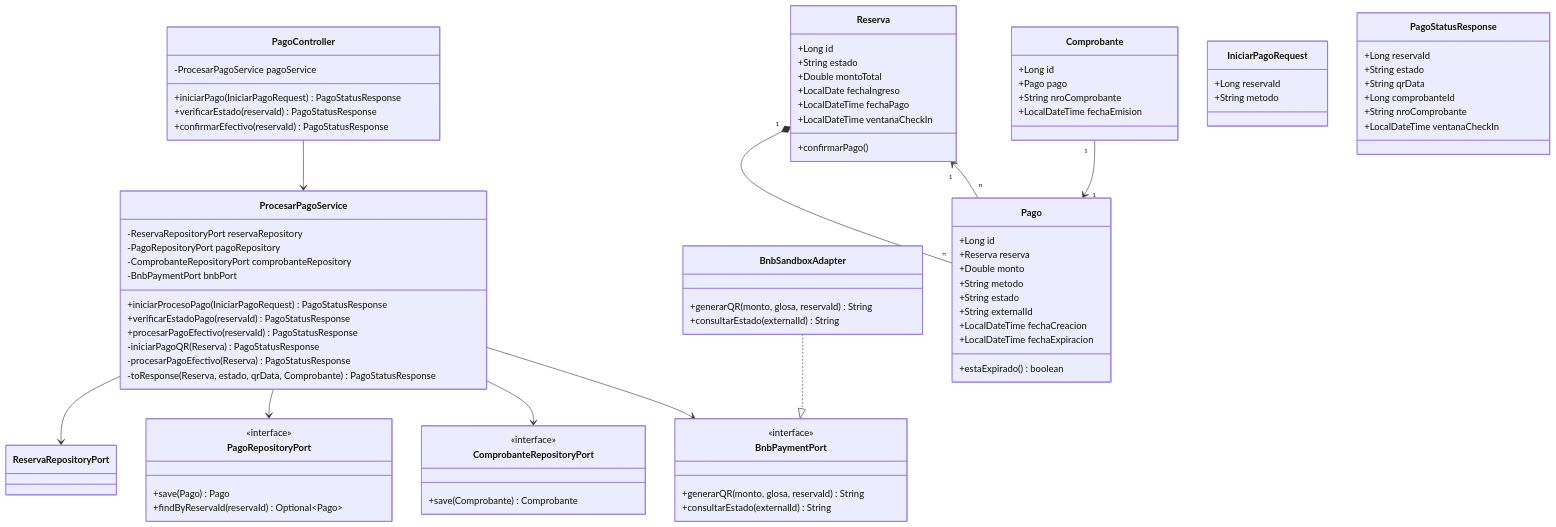
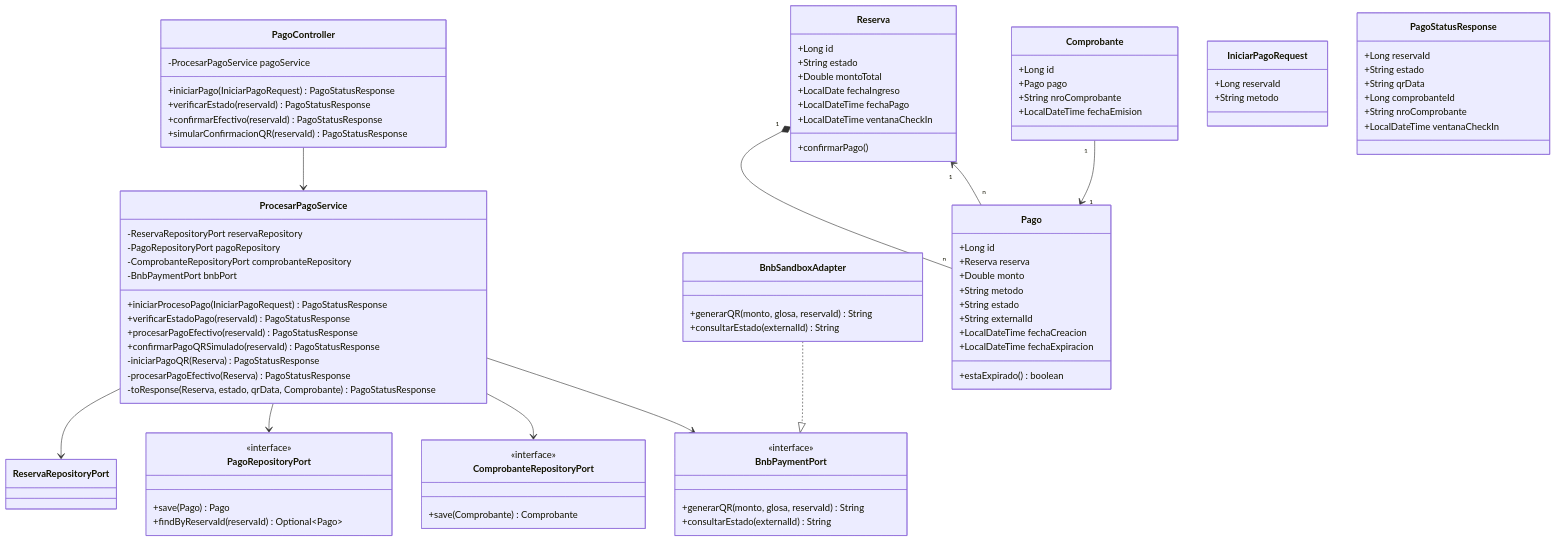
The diagram in 03_Diseño/CU-03-Procesar-Pago/CU-03_Clases_Diseño.mmd (Tsmrain/GestionSistemas), drawn with Mermaid before and after one commit. The commit also changed 3 other files, not shown here.

Commit message:
Diagramas del caso de uso 3 actualizados

```diff
--- a/03_Diseño/CU-03-Procesar-Pago/CU-03_Clases_Diseño.mmd
+++ b/03_Diseño/CU-03-Procesar-Pago/CU-03_Clases_Diseño.mmd
@@ -1,95 +1,97 @@
 classDiagram
     class PagoController {
         -ProcesarPagoService pagoService
         +iniciarPago(IniciarPagoRequest) PagoStatusResponse
         +verificarEstado(reservaId) PagoStatusResponse
         +confirmarEfectivo(reservaId) PagoStatusResponse
+        +simularConfirmacionQR(reservaId) PagoStatusResponse
     }
 
     class ProcesarPagoService {
         -ReservaRepositoryPort reservaRepository
         -PagoRepositoryPort pagoRepository
         -ComprobanteRepositoryPort comprobanteRepository
         -BnbPaymentPort bnbPort
         +iniciarProcesoPago(IniciarPagoRequest) PagoStatusResponse
         +verificarEstadoPago(reservaId) PagoStatusResponse
         +procesarPagoEfectivo(reservaId) PagoStatusResponse
+        +confirmarPagoQRSimulado(reservaId) PagoStatusResponse
         -iniciarPagoQR(Reserva) PagoStatusResponse
         -procesarPagoEfectivo(Reserva) PagoStatusResponse
         -toResponse(Reserva, estado, qrData, Comprobante) PagoStatusResponse
     }
 
     class PagoRepositoryPort {
         <<interface>>
         +save(Pago) Pago
         +findByReservaId(reservaId) Optional~Pago~
     }
 
     class ComprobanteRepositoryPort {
         <<interface>>
         +save(Comprobante) Comprobante
     }
 
     class BnbPaymentPort {
         <<interface>>
         +generarQR(monto, glosa, reservaId) String
         +consultarEstado(externalId) String
     }
 
     class BnbSandboxAdapter {
         +generarQR(monto, glosa, reservaId) String
         +consultarEstado(externalId) String
     }
 
     class Reserva {
         +Long id
         +String estado
         +Double montoTotal
         +LocalDate fechaIngreso
         +LocalDateTime fechaPago
         +LocalDateTime ventanaCheckIn
         +confirmarPago()
     }
 
     class Pago {
         +Long id
         +Reserva reserva
         +Double monto
         +String metodo
         +String estado
         +String externalId
         +LocalDateTime fechaCreacion
         +LocalDateTime fechaExpiracion
         +estaExpirado() boolean
     }
 
     class Comprobante {
         +Long id
         +Pago pago
         +String nroComprobante
         +LocalDateTime fechaEmision
     }
 
     class IniciarPagoRequest {
         +Long reservaId
         +String metodo
     }
 
     class PagoStatusResponse {
         +Long reservaId
         +String estado
         +String qrData
         +Long comprobanteId
         +String nroComprobante
         +LocalDateTime ventanaCheckIn
     }
 
     PagoController --> ProcesarPagoService
     ProcesarPagoService --> ReservaRepositoryPort
     ProcesarPagoService --> PagoRepositoryPort
     ProcesarPagoService --> ComprobanteRepositoryPort
     ProcesarPagoService --> BnbPaymentPort
     BnbSandboxAdapter ..|> BnbPaymentPort
     Pago "n" --> "1" Reserva
     Reserva "1" *-- "n" Pago
     Comprobante "1" --> "1" Pago
```
